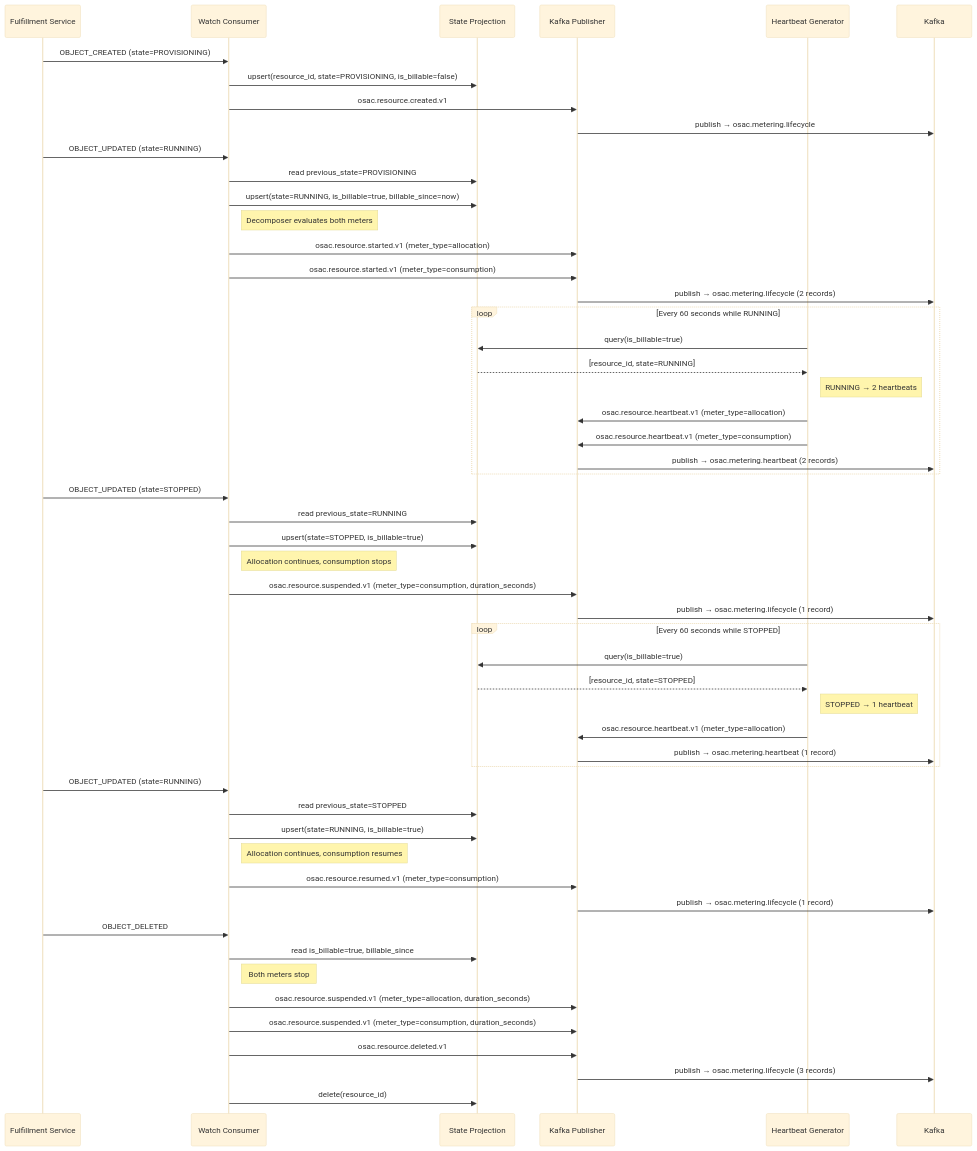
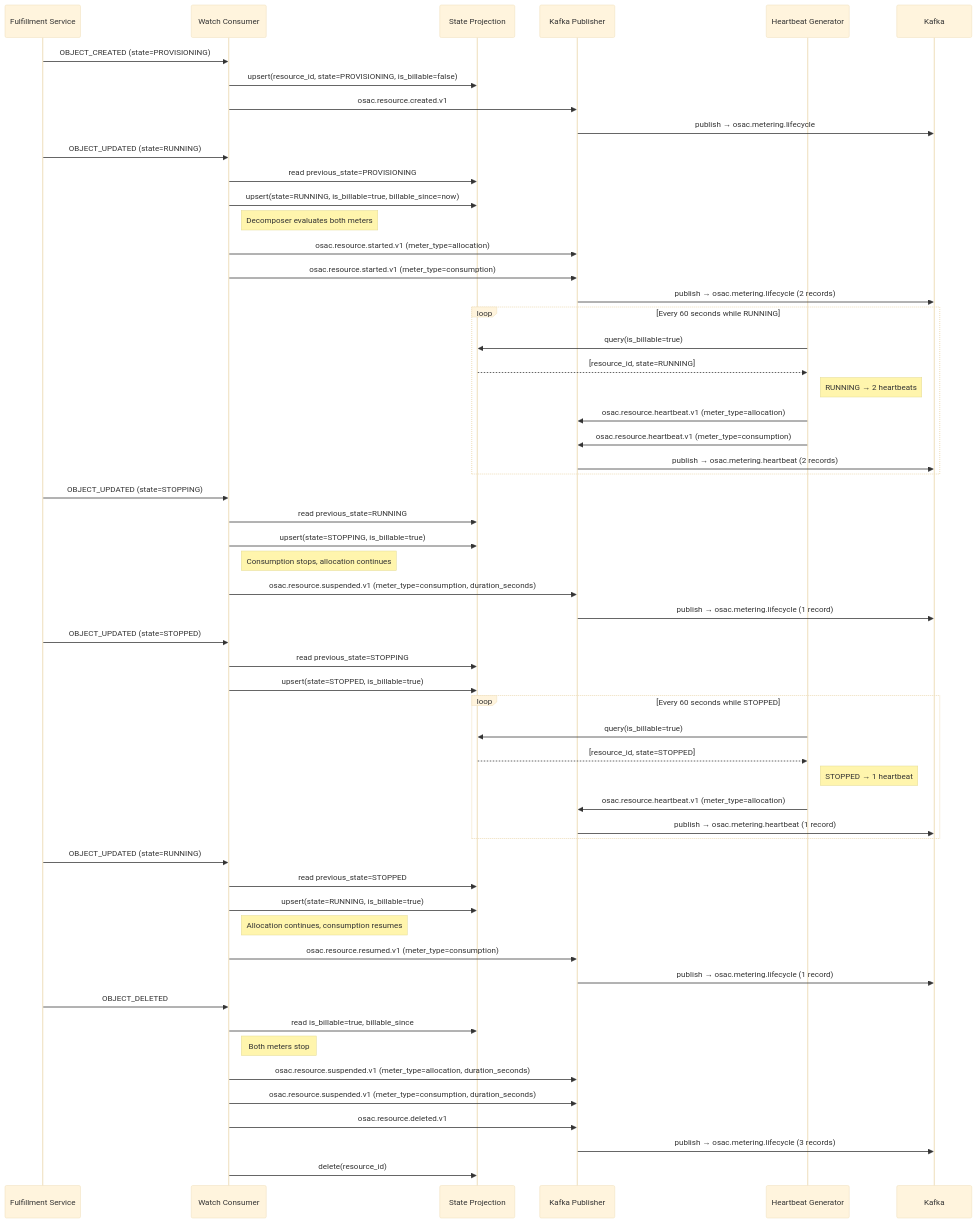
One commit to osac-project/enhancement-proposals changed the first of 3 diagrams in enhancements/OSAC-2506-metering-bmaas/design.md. Above: the diagram before and after it, drawn with Mermaid (base theme). The commit also changed other lines of this file, not shown here.

Commit message:
OSAC-2506: make STOPPING the consumption boundary

````diff
--- a/enhancements/OSAC-2506-metering-bmaas/design.md
+++ b/enhancements/OSAC-2506-metering-bmaas/design.md
@@ -87,62 +87,66 @@
 ```mermaid
 sequenceDiagram
     participant FS as Fulfillment Service
     participant WC as Watch Consumer
     participant SP as State Projection
     participant KP as Kafka Publisher
     participant HG as Heartbeat Generator
     participant K as Kafka
 
     FS->>WC: OBJECT_CREATED (state=PROVISIONING)
     WC->>SP: upsert(resource_id, state=PROVISIONING, is_billable=false)
     WC->>KP: osac.resource.created.v1
     KP->>K: publish → osac.metering.lifecycle
 
     FS->>WC: OBJECT_UPDATED (state=RUNNING)
     WC->>SP: read previous_state=PROVISIONING
     WC->>SP: upsert(state=RUNNING, is_billable=true, billable_since=now)
     Note right of WC: Decomposer evaluates both meters
     WC->>KP: osac.resource.started.v1 (meter_type=allocation)
     WC->>KP: osac.resource.started.v1 (meter_type=consumption)
     KP->>K: publish → osac.metering.lifecycle (2 records)
 
     loop Every 60 seconds while RUNNING
         HG->>SP: query(is_billable=true)
         SP-->>HG: [resource_id, state=RUNNING]
         Note right of HG: RUNNING → 2 heartbeats
         HG->>KP: osac.resource.heartbeat.v1 (meter_type=allocation)
         HG->>KP: osac.resource.heartbeat.v1 (meter_type=consumption)
         KP->>K: publish → osac.metering.heartbeat (2 records)
     end
 
-    FS->>WC: OBJECT_UPDATED (state=STOPPED)
+    FS->>WC: OBJECT_UPDATED (state=STOPPING)
     WC->>SP: read previous_state=RUNNING
-    WC->>SP: upsert(state=STOPPED, is_billable=true)
-    Note right of WC: Allocation continues, consumption stops
+    WC->>SP: upsert(state=STOPPING, is_billable=true)
+    Note right of WC: Consumption stops, allocation continues
     WC->>KP: osac.resource.suspended.v1 (meter_type=consumption, duration_seconds)
     KP->>K: publish → osac.metering.lifecycle (1 record)
+
+    FS->>WC: OBJECT_UPDATED (state=STOPPED)
+    WC->>SP: read previous_state=STOPPING
+    WC->>SP: upsert(state=STOPPED, is_billable=true)
 
     loop Every 60 seconds while STOPPED
         HG->>SP: query(is_billable=true)
         SP-->>HG: [resource_id, state=STOPPED]
         Note right of HG: STOPPED → 1 heartbeat
         HG->>KP: osac.resource.heartbeat.v1 (meter_type=allocation)
         KP->>K: publish → osac.metering.heartbeat (1 record)
     end
 
     FS->>WC: OBJECT_UPDATED (state=RUNNING)
     WC->>SP: read previous_state=STOPPED
     WC->>SP: upsert(state=RUNNING, is_billable=true)
     Note right of WC: Allocation continues, consumption resumes
     WC->>KP: osac.resource.resumed.v1 (meter_type=consumption)
     KP->>K: publish → osac.metering.lifecycle (1 record)
 
     FS->>WC: OBJECT_DELETED
     WC->>SP: read is_billable=true, billable_since
     Note right of WC: Both meters stop
     WC->>KP: osac.resource.suspended.v1 (meter_type=allocation, duration_seconds)
     WC->>KP: osac.resource.suspended.v1 (meter_type=consumption, duration_seconds)
     WC->>KP: osac.resource.deleted.v1
     KP->>K: publish → osac.metering.lifecycle (3 records)
     WC->>SP: delete(resource_id)
 ```
````
